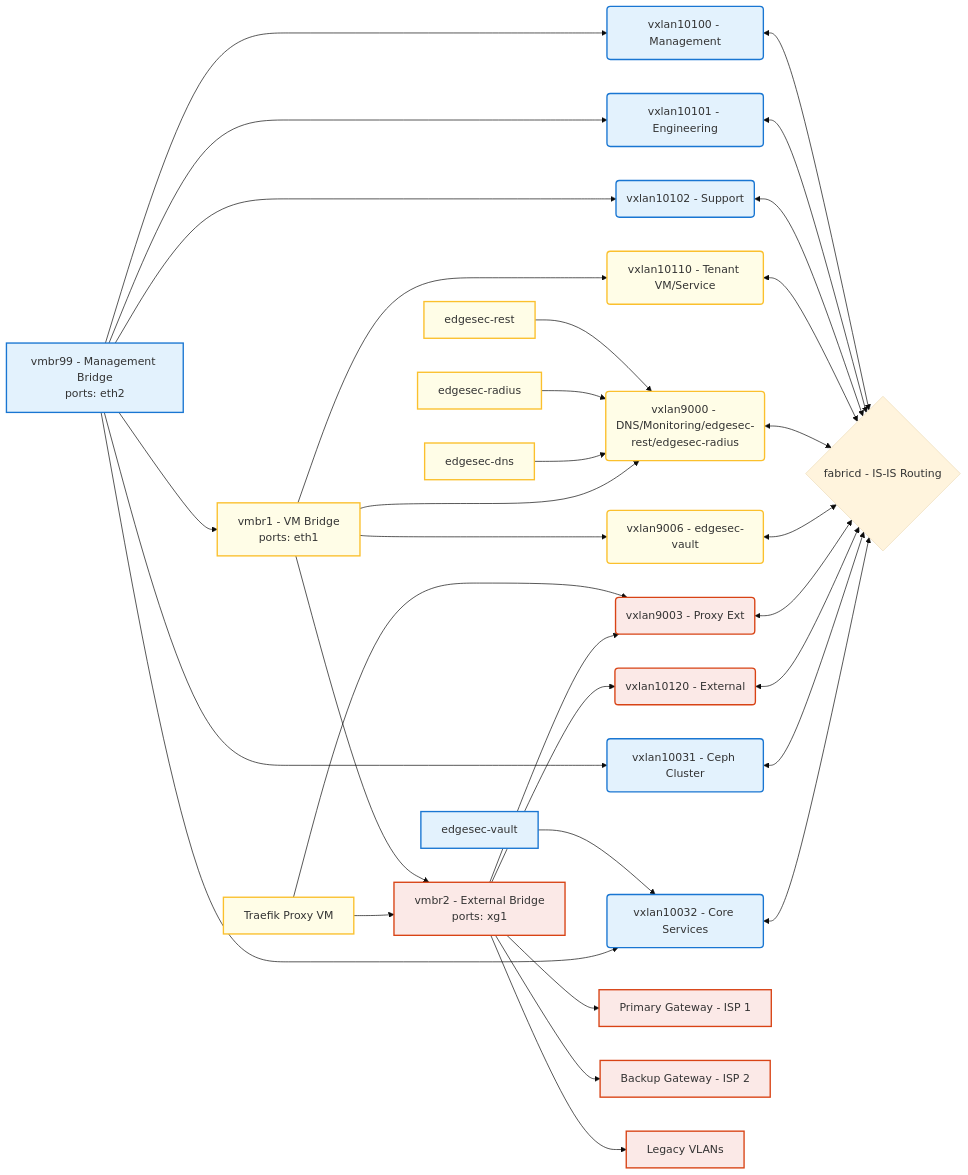
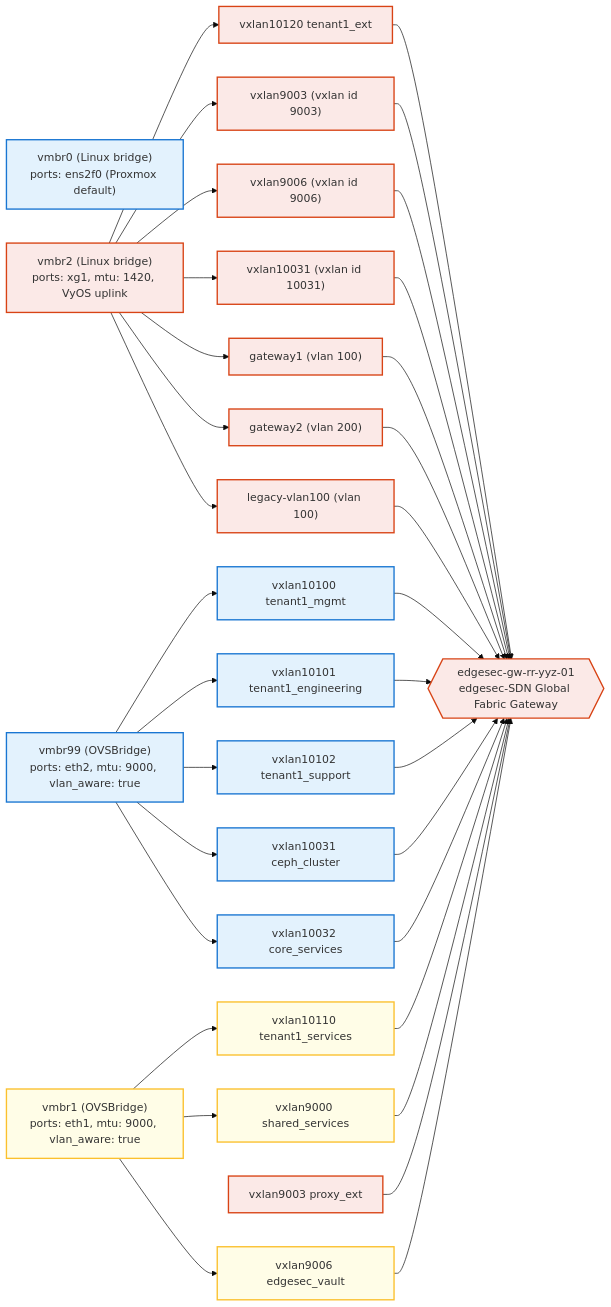
One commit to CEP-Comwell/proxmox_addons changed the first of 5 diagrams in README.md. Above: the diagram before and after it, drawn with Mermaid (base theme).

Commit message:
updated diagram

````diff
--- a/README.md
+++ b/README.md
@@ -20,90 +20,78 @@
 ```mermaid
 graph LR
 
-	%% Bridges (ordered left to right)
-	MgmtBridge[vmbr99 - Management Bridge\nports: eth2]
-	VMBridge[vmbr1 - VM Bridge\nports: eth1]
-	ExtBridge[vmbr2 - External Bridge\nports: xg1]
+%% Bridges
+ProxmoxBridge["vmbr0 (Linux bridge)\nports: ens2f0 (Proxmox default)"]
+MgmtBridge["vmbr99 (OVSBridge)\nports: eth2, mtu: 9000, vlan_aware: true"]
+VMBridge["vmbr1 (OVSBridge)\nports: eth1, mtu: 9000, vlan_aware: true"]
+ExtBridge["vmbr2 (Linux bridge)\nports: xg1, mtu: 1420, VyOS uplink"]
 
-	%% Services
-	VaultVM[edgesec-vault]
-	RestVM[edgesec-rest]
-	RadiusVM[edgesec-radius]
-	DNSVM[edgesec-dns]
-	ProxyVM[Traefik Proxy VM]
+%% vmbr2 subinterfaces
+Gateway1["gateway1 (vlan 100)"]
+Gateway2["gateway2 (vlan 200)"]
+LegacyVLAN["legacy-vlan100 (vlan 100)"]
+VX10031Ifc["vxlan10031 (vxlan id 10031)"]
+VX9003Ifc["vxlan9003 (vxlan id 9003)"]
+VX9006Ifc["vxlan9006 (vxlan id 9006)"]
 
-	%% Overlays
-	VX10100(vxlan10100 - Management)
-	VX10101(vxlan10101 - Engineering)
-	VX10102(vxlan10102 - Support)
-	VX10110(vxlan10110 - Tenant VM/Service)
-	VX9000(vxlan9000 - DNS/Monitoring/edgesec-rest/edgesec-radius)
-	VX9006(vxlan9006 - edgesec-vault)
-	VX9003(vxlan9003 - Proxy Ext)
-	VX10120(vxlan10120 - External)
-	VXCEPH2(vxlan10031 - Ceph Cluster)
-	VX10032(vxlan10032 - Core Services)
+%% VXLANs and Gateway
+VX10100["vxlan10100 tenant1_mgmt"]
+VX10101["vxlan10101 tenant1_engineering"]
+VX10102["vxlan10102 tenant1_support"]
+VX10031["vxlan10031 ceph_cluster"]
+VX10032["vxlan10032 core_services"]
+VX10110["vxlan10110 tenant1_services"]
+VX9000["vxlan9000 shared_services"]
+VX9006["vxlan9006 edgesec_vault"]
+VX9003["vxlan9003 proxy_ext"]
+VX10120["vxlan10120 tenant1_ext"]
+edgesecGW{{"edgesec-gw-rr-yyz-01\nedgesec-SDN Global Fabric Gateway"}}
 
-	Gateway1[Primary Gateway - ISP 1]
-	Gateway2[Backup Gateway - ISP 2]
-	LegacyVLAN[Legacy VLANs]
+%% Bridge to VNI relationships
+MgmtBridge --> VX10100
+MgmtBridge --> VX10101
+MgmtBridge --> VX10102
+MgmtBridge --> VX10031
+MgmtBridge --> VX10032
 
-	Fabricd{fabricd - IS-IS Routing}
+VMBridge --> VX10110
+VMBridge --> VX9000
+VMBridge --> VX9006
 
-	%% Explicit bridge ordering
-	MgmtBridge --> VMBridge --> ExtBridge
+ExtBridge --> VX10120
+ExtBridge --> VX9003Ifc
+ExtBridge --> VX9006Ifc
+ExtBridge --> VX10031Ifc
+ExtBridge --> Gateway1
+ExtBridge --> Gateway2
+ExtBridge --> LegacyVLAN
 
-	%% Service VMs to overlays (all on vmbr1 except vault)
-	VaultVM --> VX10032
-	RestVM --> VX9000
-	RadiusVM --> VX9000
-	DNSVM --> VX9000
-	ProxyVM --> VX9003
-	ProxyVM --> ExtBridge
-	%% Core Services VXLAN (new)
-	MgmtBridge --> VX10032
+%% vmbr2 subinterfaces feeding Gateway / SDN fabric
+Gateway1 --> edgesecGW
+Gateway2 --> edgesecGW
+LegacyVLAN --> edgesecGW
+VX10031Ifc --> edgesecGW
+VX9003Ifc --> edgesecGW
+VX9006Ifc --> edgesecGW
 
-	%% VM Bridge overlays (tenant/service and core services)
-	VMBridge --> VX10110
-	VMBridge --> VX9000
-	VMBridge --> VX9006
+%% SDN fabric VNIs terminate on Gateway
+VX10100 --> edgesecGW
+VX10101 --> edgesecGW
+VX10102 --> edgesecGW
+VX10110 --> edgesecGW
+VX9000 --> edgesecGW
+VX9006 --> edgesecGW
+VX9003 --> edgesecGW
+VX10120 --> edgesecGW
+VX10031 --> edgesecGW
+VX10032 --> edgesecGW
 
-	%% Management Bridge overlays (management, engineering, support, storage)
-	MgmtBridge --> VX10100
-	MgmtBridge --> VX10101
-	MgmtBridge --> VX10102
-	MgmtBridge --> VXCEPH2
-
-	%% VXLANs to fabricd (bi-directional)
-	VX10100 <--> Fabricd
-	VX10101 <--> Fabricd
-	VX10102 <--> Fabricd
-	VX10110 <--> Fabricd
-	VX9000 <--> Fabricd
-	VX9006 <--> Fabricd
-	VX9003 <--> Fabricd
-	VX10120 <--> Fabricd
-	VXCEPH2 <--> Fabricd
-	VX10032 <--> Fabricd
-
-	%% External Bridge overlays (external, proxy_ext)
-	ExtBridge --> VX9003
-	ExtBridge --> VX10120
-
-	%% External Bridge to Gateways
-	ExtBridge --> Gateway1
-	ExtBridge --> Gateway2
-
-	%% External Bridge to Legacy VLANs
-	ExtBridge --> LegacyVLAN
-
-	%% Custom bridge colors
-	classDef mgmt fill:#e3f2fd,stroke:#1976d2,stroke-width:2px;
-	classDef vm fill:#fffde7,stroke:#fbc02d,stroke-width:2px;
-	classDef ext fill:#fbe9e7,stroke:#d84315,stroke-width:2px;
-	classDef proxy fill:#e8f5e9,stroke:#388e3c,stroke-width:2px;
-
-	class MgmtBridge,VaultVM,VX10100,VX10101,VX10102,VXCEPH2,VX10032 mgmt;
-	class VMBridge,RestVM,RadiusVM,DNSVM,ProxyVM,VX10110,VX9000,VX9006 vm;
-	class ExtBridge,Gateway1,Gateway2,LegacyVLAN,VX9003,VX10120 ext;
+%% Color coding
+classDef mgmt fill:#e3f2fd,stroke:#1976d2,stroke-width:2px;
+classDef vm fill:#fffde7,stroke:#fbc02d,stroke-width:2px;
+classDef ext fill:#fbe9e7,stroke:#d84315,stroke-width:2px;
+class ProxmoxBridge mgmt;
+class MgmtBridge,VX10100,VX10101,VX10102,VX10031,VX10032 mgmt;
+class VMBridge,VX10110,VX9000,VX9006 vm;
+class ExtBridge,Gateway1,Gateway2,LegacyVLAN,VX10031Ifc,VX9003Ifc,VX9006Ifc,VX9003,VX10120,edgesecGW ext;
 ```
````
